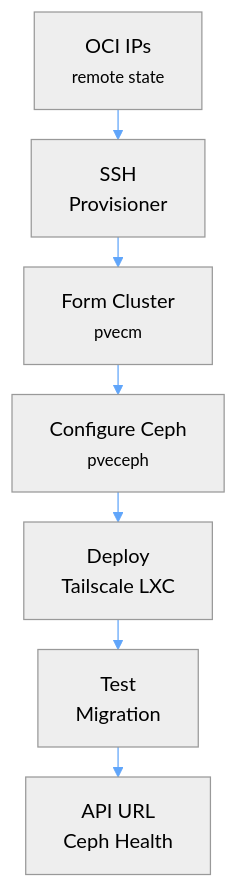
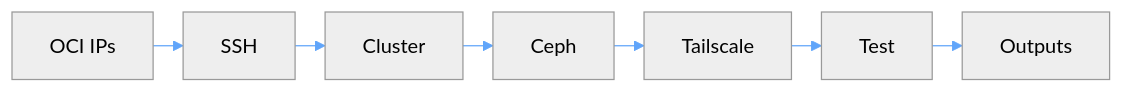
One commit to syscode-labs/oci-free-tier-manager changed diagram 12 of 18 in docs/ARCHITECTURE-DIAGRAMS.md. Above: the diagram before and after it, drawn with Mermaid. The commit also changed other lines of this file, not shown here.

First line of the commit message:
refactor: simplify diagrams - condense nodes and use horizontal layout

````diff
--- a/docs/ARCHITECTURE-DIAGRAMS.md
+++ b/docs/ARCHITECTURE-DIAGRAMS.md
@@ -398,10 +353,5 @@
 ```mermaid
 %%{init: {'theme':'neutral', 'themeVariables': { 'lineColor': '#60a5fa', 'arrowheadColor': '#60a5fa' }, 'flowchart': { 'useMaxWidth': true, 'diagramPadding': 8, 'nodeSpacing': 16, 'rankSpacing': 24 } }}%%
-flowchart TB
-    Inputs["OCI IPs<br/><small>remote state</small>"] --> SSH["SSH<br/>Provisioner"]
-    SSH --> Cluster["Form Cluster<br/><small>pvecm</small>"]
-    Cluster --> Ceph["Configure Ceph<br/><small>pveceph</small>"]
-    Ceph --> LXC["Deploy<br/>Tailscale LXC"]
-    LXC --> Test["Test<br/>Migration"]
-    Test --> Outputs["API URL<br/>Ceph Health"]
+flowchart LR
+    Inputs["OCI IPs"] --> SSH["SSH"] --> Cluster["Cluster"] --> Ceph["Ceph"] --> LXC["Tailscale"] --> Test["Test"] --> Outputs["Outputs"]
 ```
````
